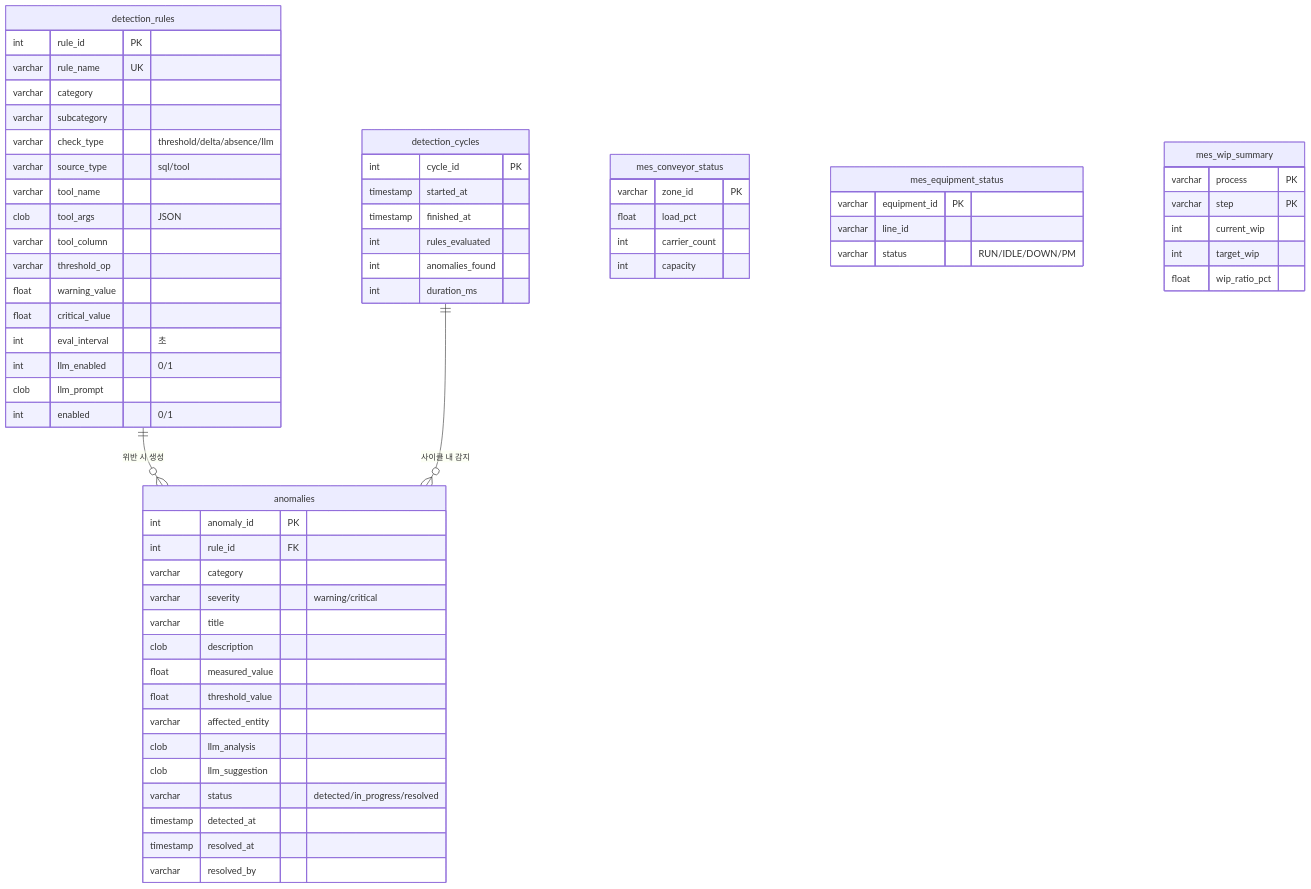
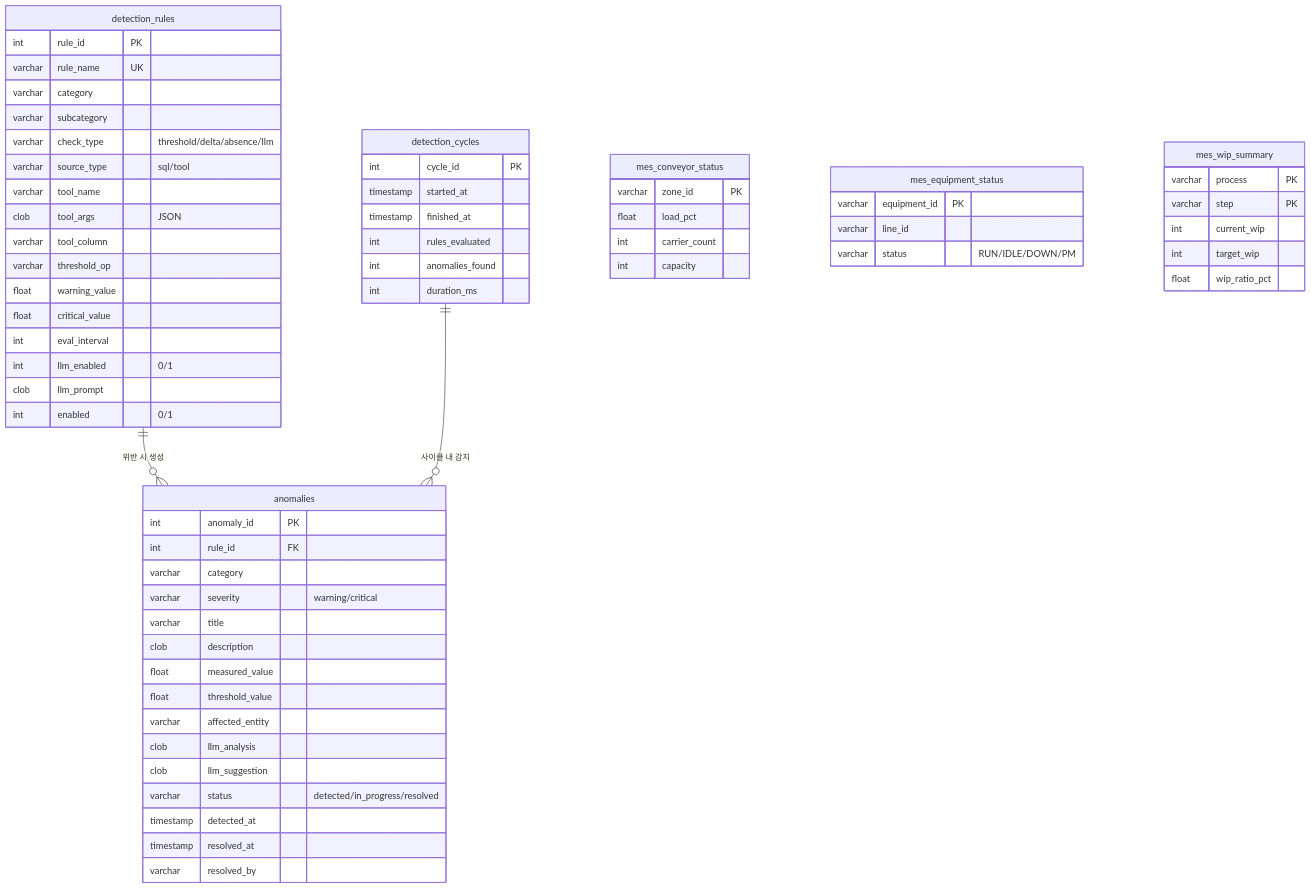
Before and after one commit to donchoru/fab-anomaly-detection: the sixth of 8 diagrams in README.md, drawn with Mermaid. The commit also changed other lines of this file, not shown here.

````diff
--- a/README.md
+++ b/README.md
@@ -329,72 +372,72 @@
 ```mermaid
 erDiagram
     detection_rules {
         int rule_id PK
         varchar rule_name UK
         varchar category
         varchar subcategory
         varchar check_type "threshold/delta/absence/llm"
         varchar source_type "sql/tool"
         varchar tool_name
         clob tool_args "JSON"
         varchar tool_column
         varchar threshold_op
         float warning_value
         float critical_value
-        int eval_interval "초"
+        int eval_interval
         int llm_enabled "0/1"
         clob llm_prompt
         int enabled "0/1"
     }
 
     anomalies {
         int anomaly_id PK
         int rule_id FK
         varchar category
         varchar severity "warning/critical"
         varchar title
         clob description
         float measured_value
         float threshold_value
         varchar affected_entity
         clob llm_analysis
         clob llm_suggestion
         varchar status "detected/in_progress/resolved"
         timestamp detected_at
         timestamp resolved_at
         varchar resolved_by
     }
 
     detection_cycles {
         int cycle_id PK
         timestamp started_at
         timestamp finished_at
         int rules_evaluated
         int anomalies_found
         int duration_ms
     }
 
     detection_rules ||--o{ anomalies : "위반 시 생성"
     detection_cycles ||--o{ anomalies : "사이클 내 감지"
 
     mes_conveyor_status {
         varchar zone_id PK
         float load_pct
         int carrier_count
         int capacity
     }
 
     mes_equipment_status {
         varchar equipment_id PK
         varchar line_id
         varchar status "RUN/IDLE/DOWN/PM"
     }
 
     mes_wip_summary {
         varchar process PK
         varchar step PK
         int current_wip
         int target_wip
         float wip_ratio_pct
     }
 ```
````
